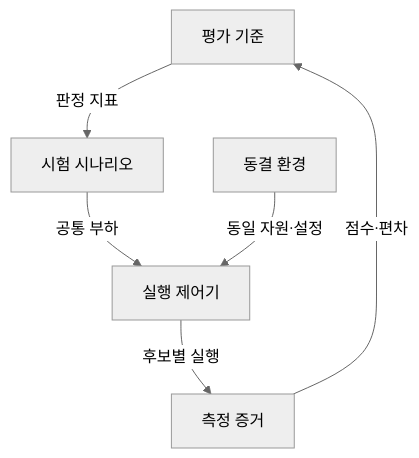
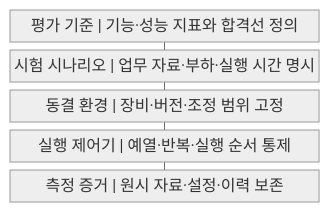
The first of 2 diagrams in src/content/docs/notes/03-software/225_benchmark_test.md (agnusdei1207/knowledge-base), drawn with Mermaid (neutral theme) before and after one commit. The commit also changed other lines of this file and 20 other files, not shown here.

````diff
--- a/src/content/docs/notes/03-software/225_benchmark_test.md
+++ b/src/content/docs/notes/03-software/225_benchmark_test.md
@@ -52,8 +52,13 @@
 ```mermaid
-flowchart TB
-    A["평가 기준"] -->|판정 지표| B["시험 시나리오"]
-    B -->|공통 부하| C["실행 제어기"]
-    D["동결 환경"] -->|동일 자원·설정| C
-    C -->|후보별 실행| E["측정 증거"]
-    E -->|점수·편차| A
+block
+    columns 1
+    A["평가 기준 | 기능·성능 지표와 합격선 정의"]
+    B["시험 시나리오 | 업무 자료·부하·실행 시간 명시"]
+    C["동결 환경 | 장비·버전·조정 범위 고정"]
+    D["실행 제어기 | 예열·반복·실행 순서 통제"]
+    E["측정 증거 | 원시 자료·설정·이력 보존"]
+    A --- B
+    B --- C
+    C --- D
+    D --- E
 ```
````
